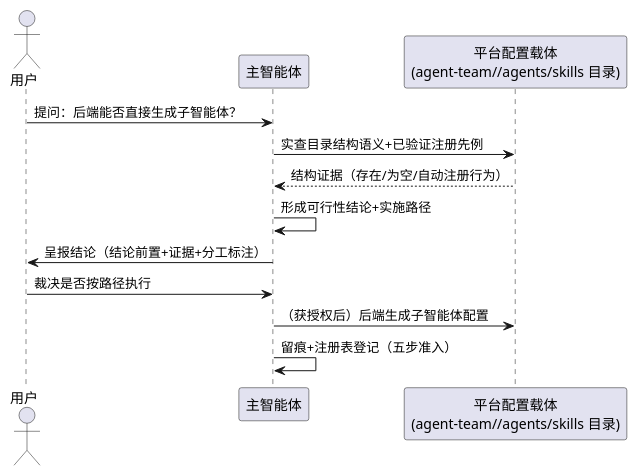
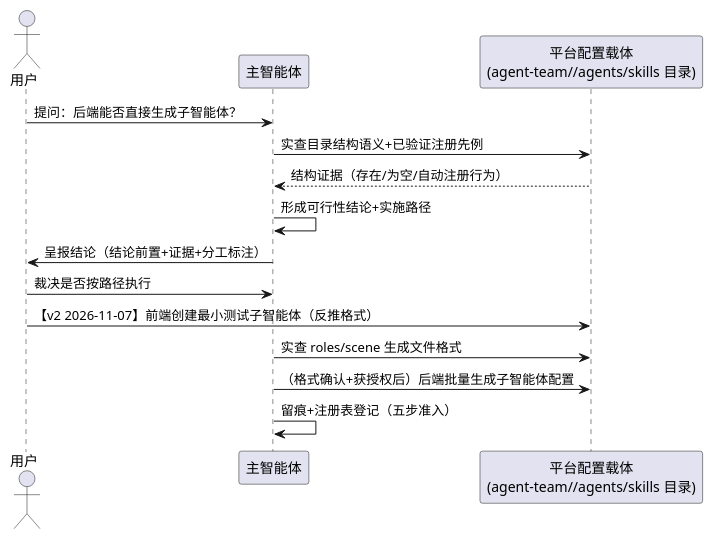
The sixth of 11 diagrams in .codeartsdoer/specs/subagent-team-design/spec.md (z80690/Date), drawn with PlantUML before and after one commit. The commit also changed other lines of this file and 26 other files, not shown here.

````diff
--- a/.codeartsdoer/specs/subagent-team-design/spec.md
+++ b/.codeartsdoer/specs/subagent-team-design/spec.md
@@ -328,16 +377,18 @@
 ```plantuml
 @startuml
 actor 用户 as U
 participant "主智能体" as M
 participant "平台配置载体\n(agent-team//agents/skills 目录)" as P
 
 U -> M : 提问：后端能否直接生成子智能体？
 M -> P : 实查目录结构语义+已验证注册先例
 P --> M : 结构证据（存在/为空/自动注册行为）
 M -> M : 形成可行性结论+实施路径
 M -> U : 呈报结论（结论前置+证据+分工标注）
 U -> M : 裁决是否按路径执行
-M -> P : （获授权后）后端生成子智能体配置
+U -> P : 【v2 2026-11-07】前端创建最小测试子智能体（反推格式）
+M -> P : 实查 roles/scene 生成文件格式
+M -> P : （格式确认+获授权后）后端批量生成子智能体配置
 M -> M : 留痕+注册表登记（五步准入）
 @enduml
 ```
````
